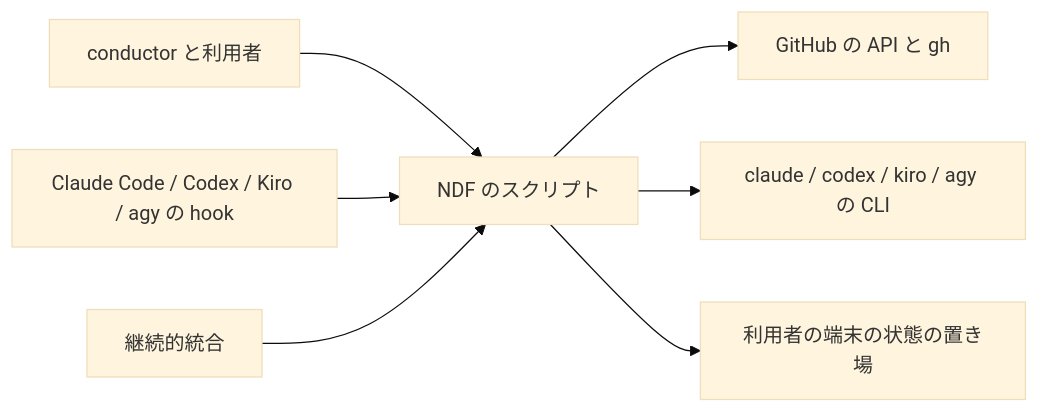
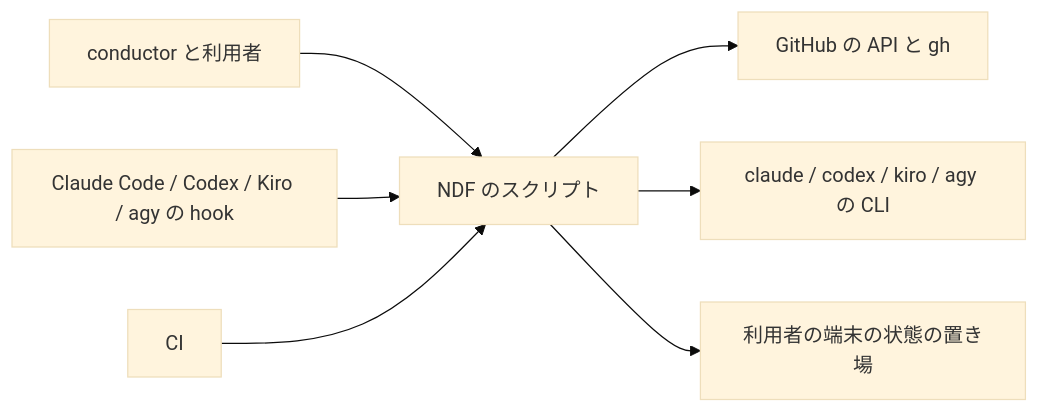
Before and after one commit to devbasex/ai-plugins: the second of 8 diagrams in issues/issue-1142-design.md, drawn with Mermaid (base theme). The commit also changed other lines of this file and 9 other files, not shown here.

First line of the commit message:
Docs: #1142 の文書を組み直し、語を用語集と業界の語へ直す（頭・要求・smells・data・scripted-flow・dbos・libraries）

````diff
--- a/issues/issue-1142-design.md
+++ b/issues/issue-1142-design.md
@@ -273,9 +279,9 @@
 ```mermaid
 graph LR
     CD[conductor と利用者] --> NDF[NDF のスクリプト]
     HK[Claude Code / Codex / Kiro / agy の hook] --> NDF
     NDF --> GH[GitHub の API と gh]
     NDF --> CL[claude / codex / kiro / agy の CLI]
     NDF --> ST[利用者の端末の状態の置き場]
-    CI[継続的統合] --> NDF
+    CI[CI] --> NDF
 ```
````
